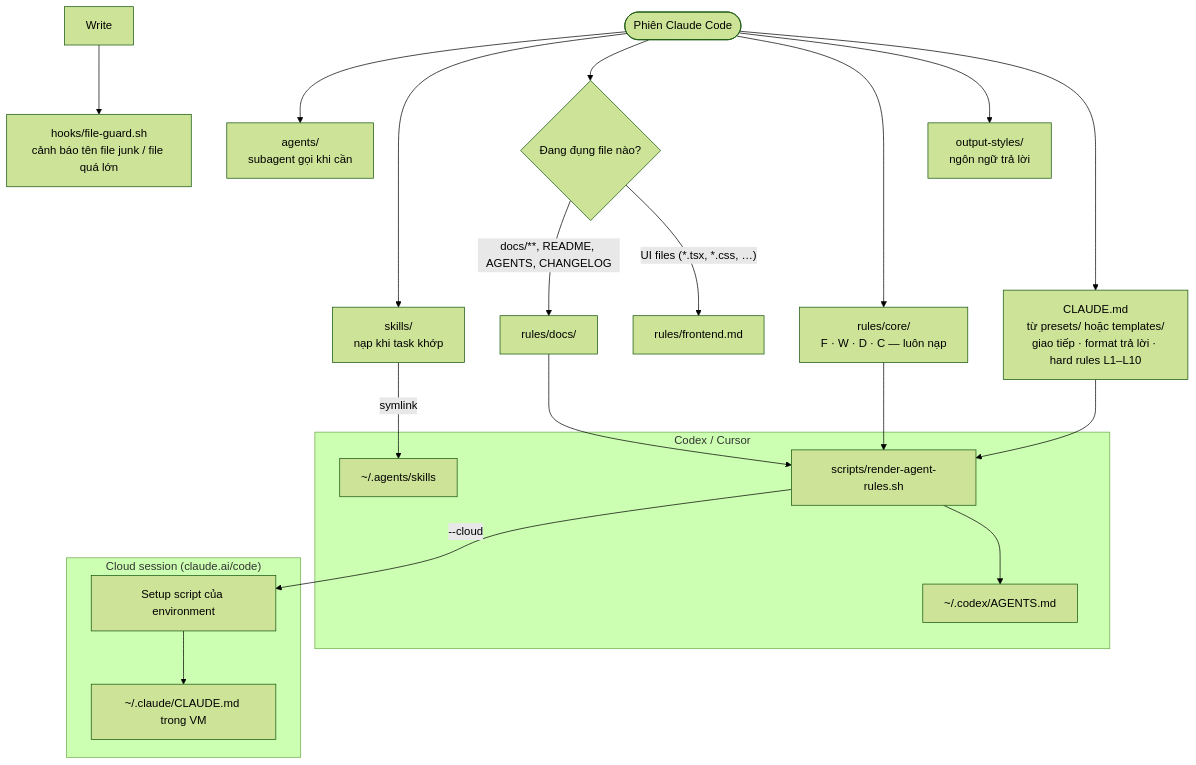
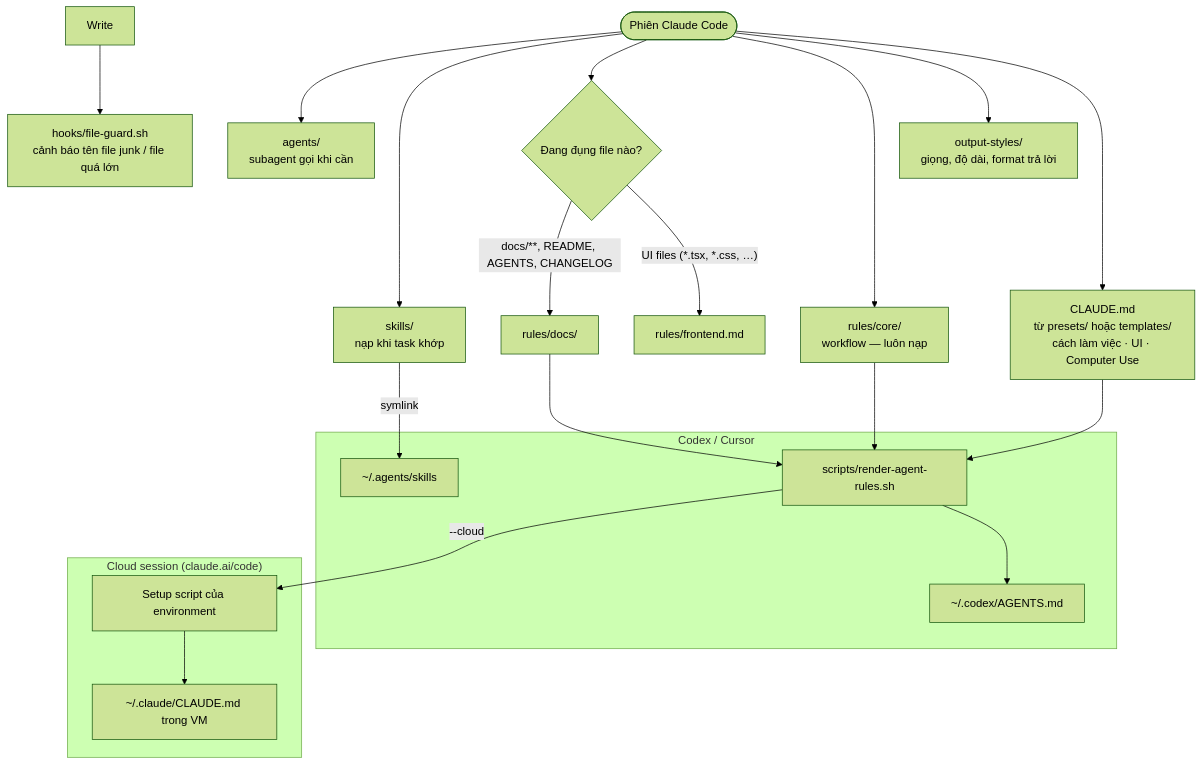
Before and after one commit to mxrsv/agents-skills: the first of 2 diagrams in README.md, drawn with Mermaid (forest theme). The commit also changed other lines of this file and 35 other files, not shown here.

````diff
--- a/README.md
+++ b/README.md
@@ -7,22 +7,22 @@
 ```mermaid
 flowchart TD
-    S([Phiên Claude Code]) --> A["CLAUDE.md<br/>từ presets/ hoặc templates/<br/>giao tiếp · format trả lời · hard rules L1–L10"]
-    S --> O["output-styles/<br/>ngôn ngữ trả lời"]
-    S --> C["rules/core/<br/>F · W · D · C — luôn nạp"]
+    S([Phiên Claude Code]) --> A["CLAUDE.md<br/>từ presets/ hoặc templates/<br/>cách làm việc · UI · Computer Use"]
+    S --> O["output-styles/<br/>giọng, độ dài, format trả lời"]
+    S --> C["rules/core/<br/>workflow — luôn nạp"]
     S --> T{"Đang đụng file nào?"}
     T -- "UI files (*.tsx, *.css, …)" --> Q["rules/frontend.md"]
     T -- "docs/**, README, AGENTS, CHANGELOG" --> D["rules/docs/"]
     S --> K["skills/<br/>nạp khi task khớp"]
     S --> AG["agents/<br/>subagent gọi khi cần"]
     WR["Write"] --> H["hooks/file-guard.sh<br/>cảnh báo tên file junk / file quá lớn"]
     subgraph CX["Codex / Cursor"]
         G["scripts/render-agent-rules.sh"] --> X["~/.codex/AGENTS.md"]
         L["~/.agents/skills"]
     end
     subgraph CL["Cloud session (claude.ai/code)"]
         SS["Setup script của environment"] --> CM["~/.claude/CLAUDE.md trong VM"]
     end
     A & C & D --> G
     G -- "--cloud" --> SS
     K -- symlink --> L
 ```
````
